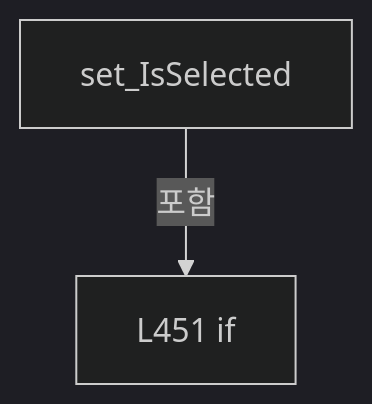
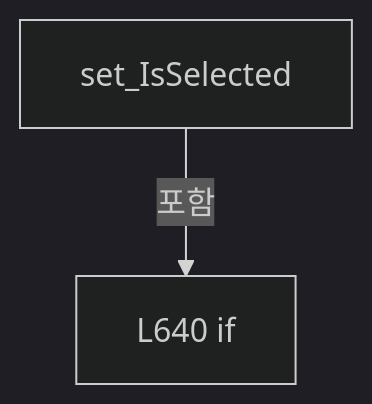
Diagram 14 of 14 in A3 LD Code Ref/files/Drilling.UI/Menu/Menus/CMenuCorrection.ReviewData.cs.md (kjuws10-rgb/Shared), drawn with Mermaid (dark theme) before and after one commit. The commit also changed other lines of this file and 2071 other files, not shown here.

Commit message:
docs(a3): update 11.19.0 architecture and code reference

````diff
--- a/A3 LD Code Ref/files/Drilling.UI/Menu/Menus/CMenuCorrection.ReviewData.cs.md
+++ b/A3 LD Code Ref/files/Drilling.UI/Menu/Menus/CMenuCorrection.ReviewData.cs.md
@@ -2570,6 +3232,6 @@
 ```mermaid
 flowchart TD
  M["set_IsSelected"]
- N0["L451 if"]
+ N0["L640 if"]
  M -->|포함| N0
 ```
````
